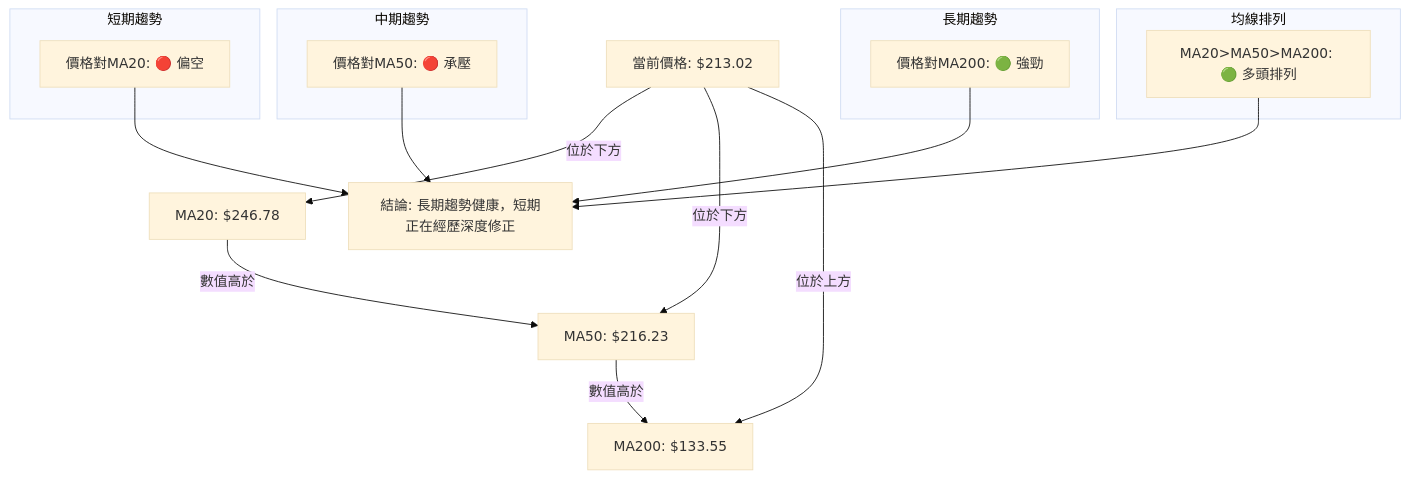
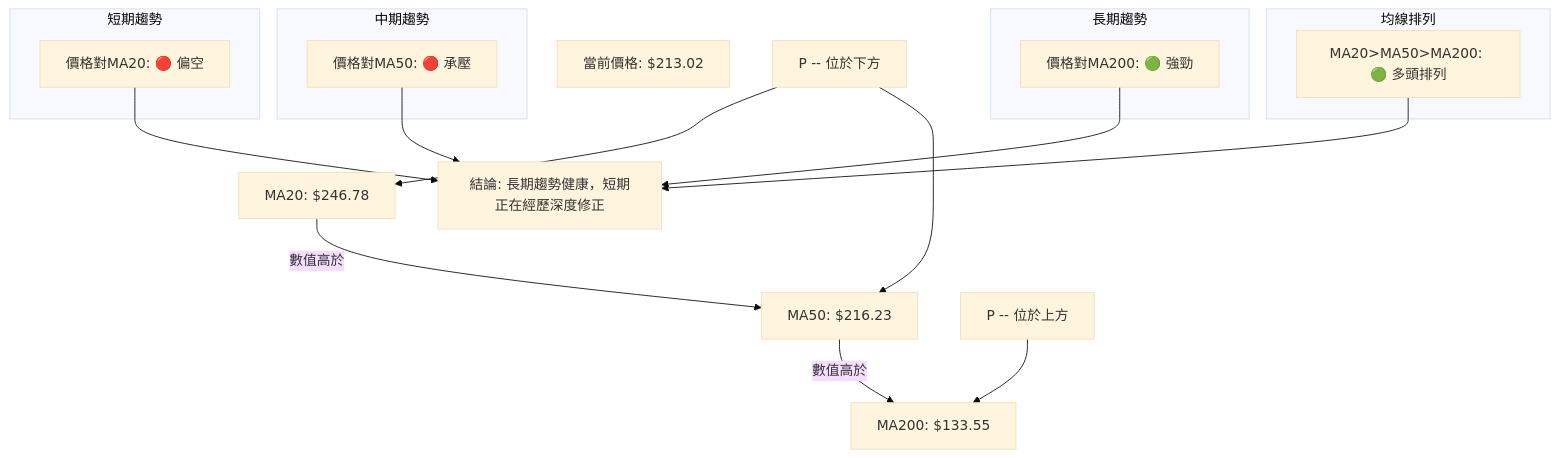
Before and after one commit to yennanliu/finance_data: the seventh of 12 diagrams in ai_gen_report/stock/nbis/technical_analysis_2026-07-07_gemini.md, drawn with Mermaid (base theme). The commit also changed other lines of this file and 2258 other files, not shown here.

First line of the commit message:
chore: backfill Mermaid syntax repair across existing reports

````diff
--- a/ai_gen_report/stock/nbis/technical_analysis_2026-07-07_gemini.md
+++ b/ai_gen_report/stock/nbis/technical_analysis_2026-07-07_gemini.md
@@ -456,29 +456,29 @@
 ```mermaid
 graph TD
-    P[當前價格: $213.02]
-    MA20[MA20: $246.78]
-    MA50[MA50: $216.23]
-    MA200[MA200: $133.55]
+    P["當前價格: $213.02"]
+    MA20["MA20: $246.78"]
+    MA50["MA50: $216.23"]
+    MA200["MA200: $133.55"]
 
-    P -- 位於下方 --> MA20
-    P -- 位於下方 --> MA50
-    P -- 位於上方 --> MA200
+    nb1["P -- 位於下方"] --> MA20
+    nb1["P -- 位於下方"] --> MA50
+    nb2["P -- 位於上方"] --> MA200
 
-    MA20 -->|數值高於| MA50
-    MA50 -->|數值高於| MA200
+    MA20 -->|"數值高於"| MA50
+    MA50 -->|"數值高於"| MA200
 
     subgraph 短期趨勢
-        P_MA20_Rel[價格對MA20: 🔴 偏空]
+        P_MA20_Rel["價格對MA20: 🔴 偏空"]
     end
     subgraph 中期趨勢
-        P_MA50_Rel[價格對MA50: 🔴 承壓]
+        P_MA50_Rel["價格對MA50: 🔴 承壓"]
     end
     subgraph 長期趨勢
-        P_MA200_Rel[價格對MA200: 🟢 強勁]
+        P_MA200_Rel["價格對MA200: 🟢 強勁"]
     end
     subgraph 均線排列
-        MA_Order[MA20>MA50>MA200: 🟢 多頭排列]
+        MA_Order["MA20>MA50>MA200: 🟢 多頭排列"]
     end
 
-    P_MA20_Rel & P_MA50_Rel & P_MA200_Rel & MA_Order --> 綜合[結論: 長期趨勢健康，短期正在經歷深度修正]
+    P_MA20_Rel & P_MA50_Rel & P_MA200_Rel & MA_Order --> 綜合["結論: 長期趨勢健康，短期正在經歷深度修正"]
 ```
````
